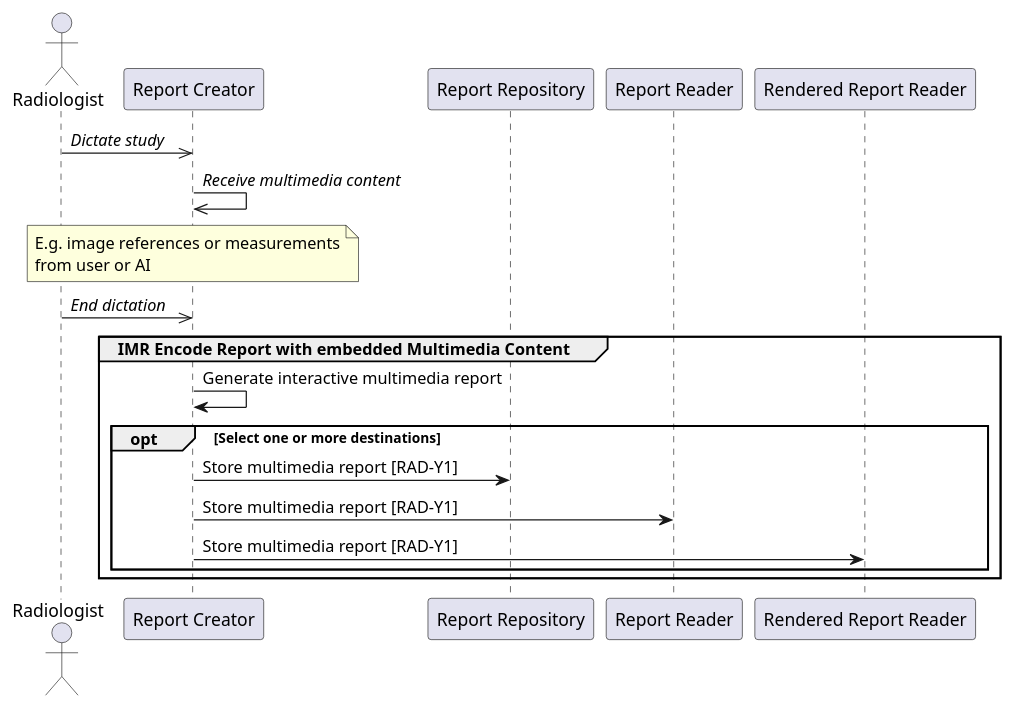
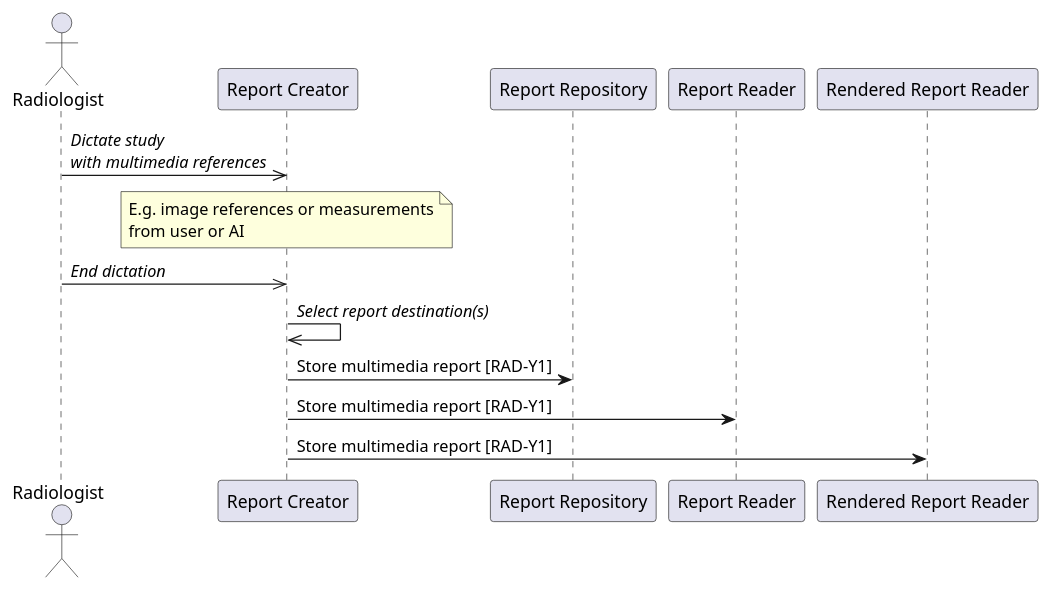
The diagram in input/images-source/uc1-authoring-report.plantuml (IHE/RAD.IMR), drawn with PlantUML before and after one commit. The commit also changed 4 other files, not shown here.

Commit message:
Update diagrams based on review comments.

```diff
--- a/input/images-source/uc1-authoring-report.plantuml
+++ b/input/images-source/uc1-authoring-report.plantuml
@@ -1,29 +1,23 @@
 @startuml
 
 actor "Radiologist" as Rad
 
 participant "Report Creator" as RCreator
 participant "Report Repository" as Repo
 participant "Report Reader" as Reader
 participant "Rendered Report Reader" as RenderedReader
 
-Rad->>RCreator: //Dictate study//
-RCreator->>RCreator: //Receive multimedia content//
+Rad->>RCreator: //Dictate study//\n//with multimedia references//
 note over RCreator
 E.g. image references or measurements
 from user or AI
 end note
 Rad->>RCreator: //End dictation//
 
-group IMR Encode Report with embedded Multimedia Content
-RCreator->RCreator: Generate interactive multimedia report
-
-opt Select one or more destinations
+RCreator->>RCreator: //Select report destination(s)//
 RCreator->Repo: Store multimedia report [RAD-Y1]
 RCreator->Reader: Store multimedia report [RAD-Y1]
 RCreator->RenderedReader: Store multimedia report [RAD-Y1]
-end opt
 
-end group
 
 @enduml
```
